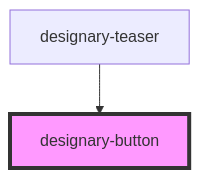
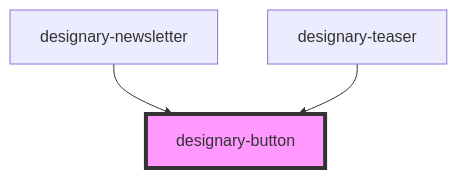
One commit to BluescreenCreator/StencilJS-Designary changed the diagram in src/components/designary-button/readme.md. Above: the diagram before and after it, drawn with Mermaid. The commit also changed other lines of this file and 2 other files, not shown here.

Commit message:
designary-button is now part of designary-newsletter

````diff
--- a/src/components/designary-button/readme.md
+++ b/src/components/designary-button/readme.md
@@ -24,5 +25,6 @@
 ```mermaid
 graph TD;
+  designary-newsletter --> designary-button
   designary-teaser --> designary-button
   style designary-button fill:#f9f,stroke:#333,stroke-width:4px
 ```
````
